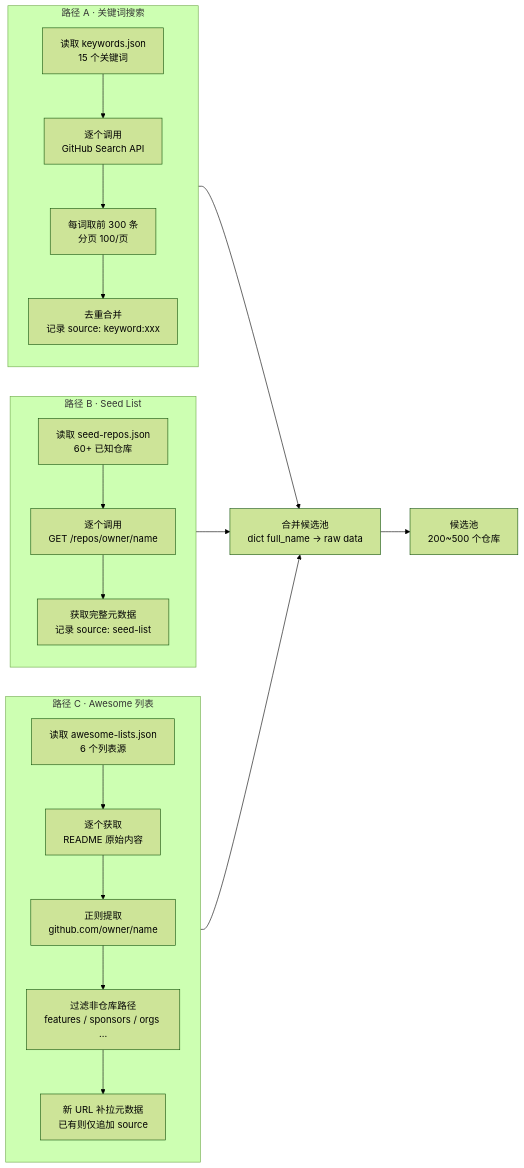
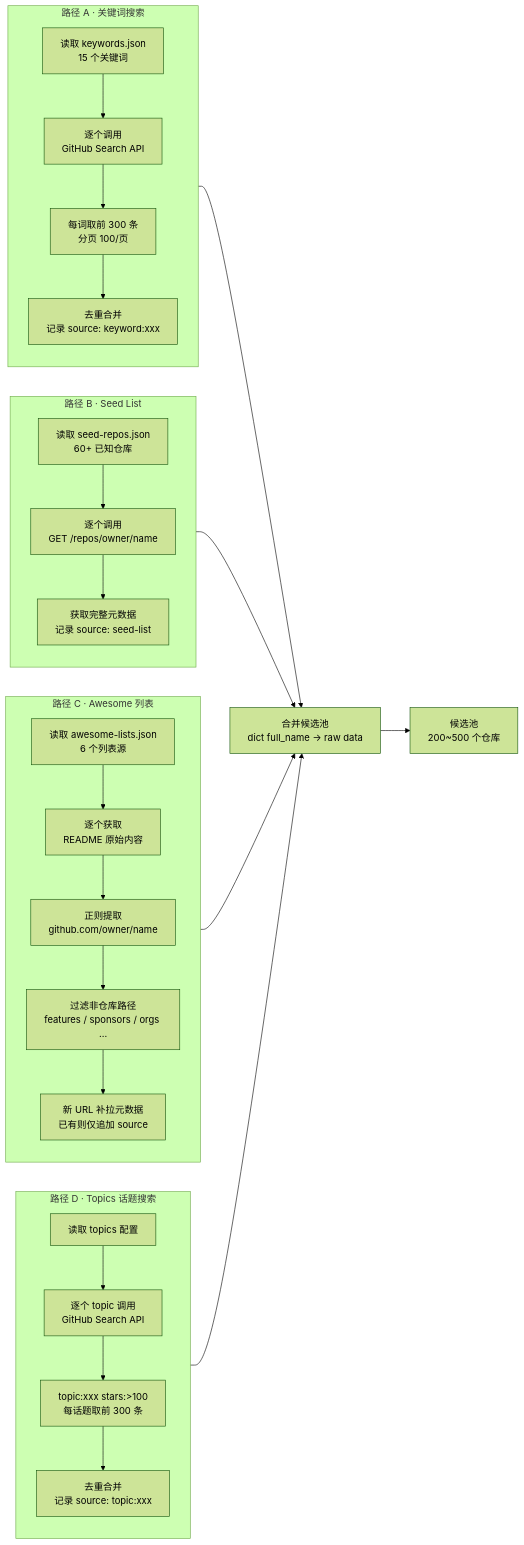
One commit to Marchhhhhhhh/agent-repo-ranking changed the second of 7 diagrams in FLOWCHART.md. Above: the diagram before and after it, drawn with Mermaid (forest theme). The commit also changed other lines of this file and 6 other files, not shown here.

First line of the commit message:
fix: untrack .env, add CI, fix doc drift across README/DESIGN/FLOWCHART

````diff
--- a/FLOWCHART.md
+++ b/FLOWCHART.md
@@ -83,29 +84,37 @@
 ```mermaid
 flowchart LR
     subgraph PathA [路径 A · 关键词搜索]
         direction TB
         A1[读取 keywords.json<br/>15 个关键词] --> A2[逐个调用<br/>GitHub Search API]
         A2 --> A3[每词取前 300 条<br/>分页 100/页]
         A3 --> A4[去重合并<br/>记录 source: keyword:xxx]
     end
 
     subgraph PathB [路径 B · Seed List]
         direction TB
         B1[读取 seed-repos.json<br/>60+ 已知仓库] --> B2[逐个调用<br/>GET /repos/owner/name]
         B2 --> B3[获取完整元数据<br/>记录 source: seed-list]
     end
 
     subgraph PathC [路径 C · Awesome 列表]
         direction TB
         C1[读取 awesome-lists.json<br/>6 个列表源] --> C2[逐个获取<br/>README 原始内容]
         C2 --> C3[正则提取<br/>github.com/owner/name]
         C3 --> C4[过滤非仓库路径<br/>features / sponsors / orgs ...]
         C4 --> C5[新 URL 补拉元数据<br/>已有则仅追加 source]
     end
 
+    subgraph PathD [路径 D · Topics 话题搜索]
+        direction TB
+        D1[读取 topics 配置] --> D2[逐个 topic 调用<br/>GitHub Search API]
+        D2 --> D3[topic:xxx stars:>100<br/>每话题取前 300 条]
+        D3 --> D4[去重合并<br/>记录 source: topic:xxx]
+    end
+
     PathA --> MERGE[合并候选池<br/>dict full_name → raw data]
     PathB --> MERGE
     PathC --> MERGE
+    PathD --> MERGE
 
     MERGE --> POOL[候选池<br/>200~500 个仓库]
 ```
````
